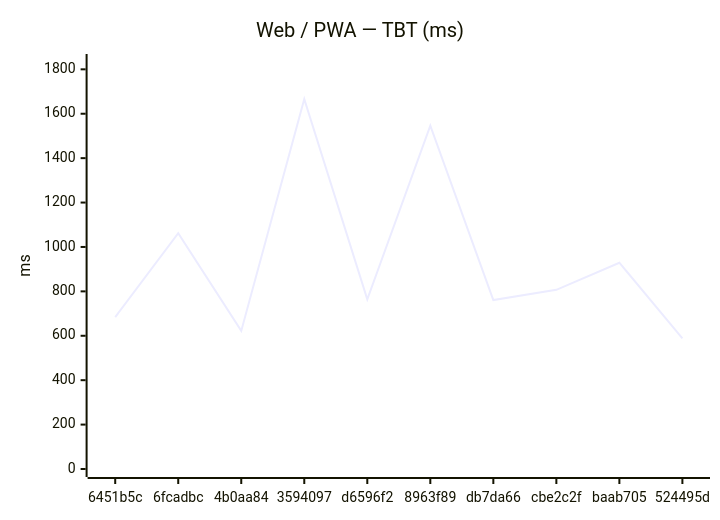
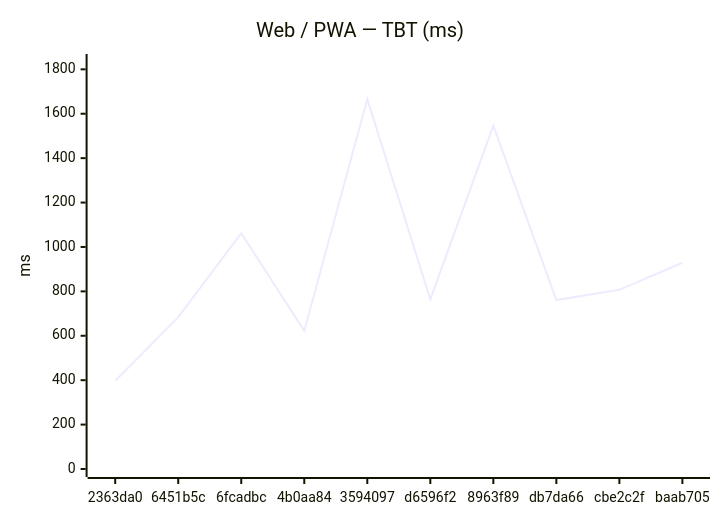
One commit to Metaheurist/Rianell changed the second of 12 diagrams in benchmarks/compare.md. Above: the diagram before and after it, drawn with Mermaid. The commit also changed other lines of this file and 8 other files, not shown here.

````diff
--- a/benchmarks/compare.md
+++ b/benchmarks/compare.md
@@ -31,7 +31,7 @@
 ```mermaid
 xychart-beta
     title "Web / PWA — TBT (ms)"
-    x-axis ["6451b5c", "6fcadbc", "4b0aa84", "3594097", "d6596f2", "8963f89", "db7da66", "cbe2c2f", "baab705", "524495d"]
+    x-axis ["2363da0", "6451b5c", "6fcadbc", "4b0aa84", "3594097", "d6596f2", "8963f89", "db7da66", "cbe2c2f", "baab705"]
     y-axis "ms" 0 --> 1833
-    line [684, 1062, 622, 1666, 764, 1546, 761, 807, 929, 588]
+    line [397, 684, 1062, 622, 1666, 764, 1546, 761, 807, 929]
 ```
````
